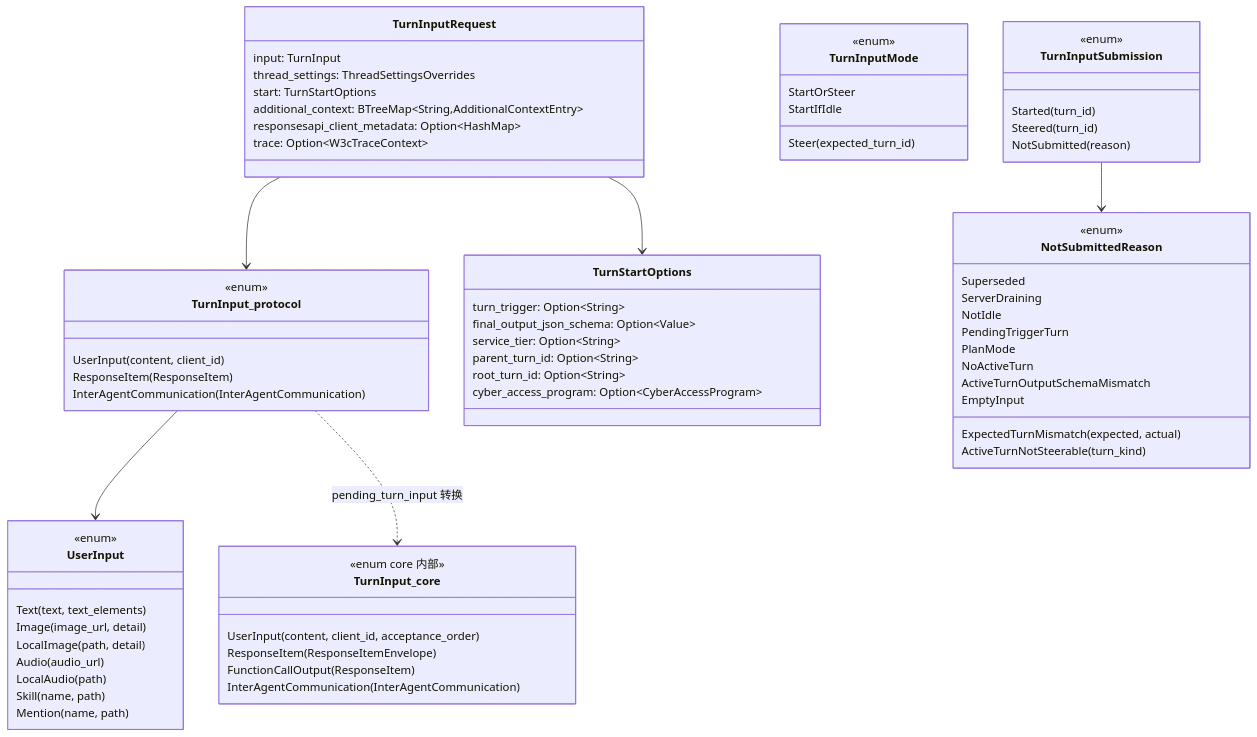
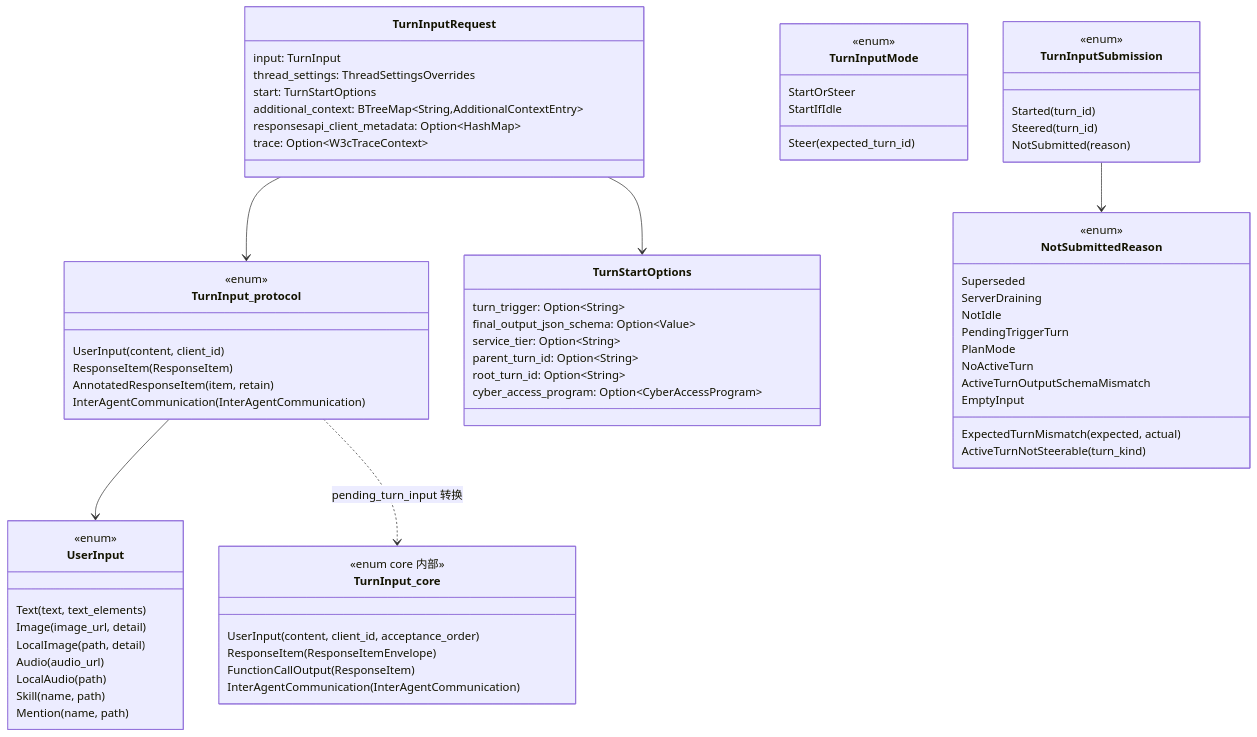
The sixth of 32 diagrams in src/content/post/agents-codex/index.md (nickqiaoo/nickqiaoo.github.io), drawn with Mermaid before and after one commit. The commit also changed other lines of this file, not shown here.

````diff
--- a/src/content/post/agents-codex/index.md
+++ b/src/content/post/agents-codex/index.md
@@ -367,72 +367,73 @@
 ```mermaid
 classDiagram
   class UserInput {
     <<enum>>
     Text(text, text_elements)
     Image(image_url, detail)
     LocalImage(path, detail)
     Audio(audio_url)
     LocalAudio(path)
     Skill(name, path)
     Mention(name, path)
   }
   class TurnInputRequest {
     input: TurnInput
     thread_settings: ThreadSettingsOverrides
     start: TurnStartOptions
     additional_context: BTreeMap~String,AdditionalContextEntry~
     responsesapi_client_metadata: Option~HashMap~
     trace: Option~W3cTraceContext~
   }
   class TurnInput_protocol {
     <<enum>>
     UserInput(content, client_id)
     ResponseItem(ResponseItem)
+    AnnotatedResponseItem(item, retain)
     InterAgentCommunication(InterAgentCommunication)
   }
   class TurnInputMode {
     <<enum>>
     StartOrSteer
     StartIfIdle
     Steer(expected_turn_id)
   }
   class TurnStartOptions {
     turn_trigger: Option~String~
     final_output_json_schema: Option~Value~
     service_tier: Option~String~
     parent_turn_id: Option~String~
     root_turn_id: Option~String~
     cyber_access_program: Option~CyberAccessProgram~
   }
   class TurnInputSubmission {
     <<enum>>
     Started(turn_id)
     Steered(turn_id)
     NotSubmitted(reason)
   }
   class NotSubmittedReason {
     <<enum>>
     Superseded
     ServerDraining
     NotIdle
     PendingTriggerTurn
     PlanMode
     NoActiveTurn
     ExpectedTurnMismatch(expected, actual)
     ActiveTurnNotSteerable(turn_kind)
     ActiveTurnOutputSchemaMismatch
     EmptyInput
   }
   class TurnInput_core {
     <<enum core 内部>>
     UserInput(content, client_id, acceptance_order)
     ResponseItem(ResponseItemEnvelope)
     FunctionCallOutput(ResponseItem)
     InterAgentCommunication(InterAgentCommunication)
   }
   TurnInputRequest --> TurnInput_protocol
   TurnInputRequest --> TurnStartOptions
   TurnInput_protocol --> UserInput
   TurnInputSubmission --> NotSubmittedReason
   TurnInput_protocol ..> TurnInput_core : pending_turn_input 转换
 ```
````
